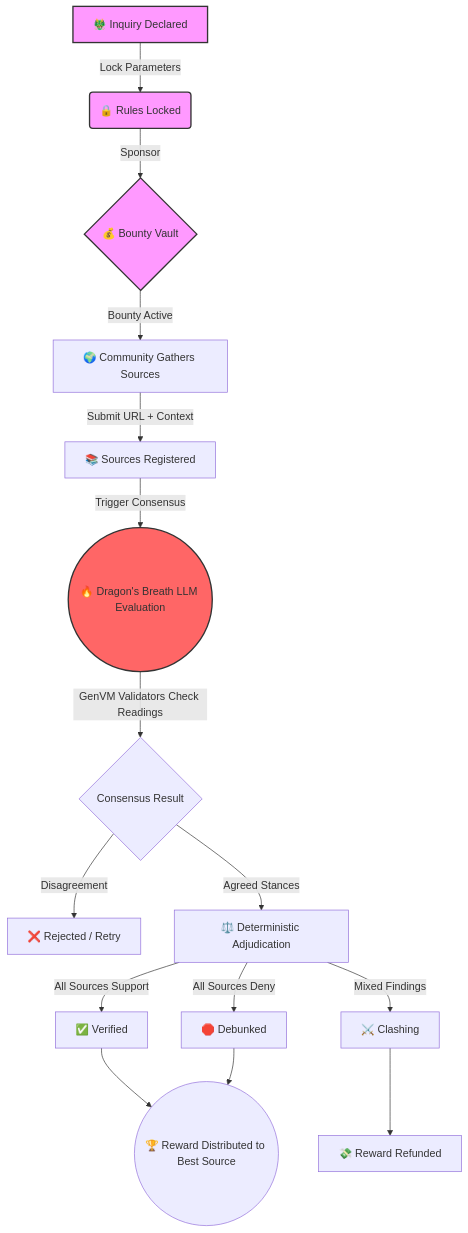
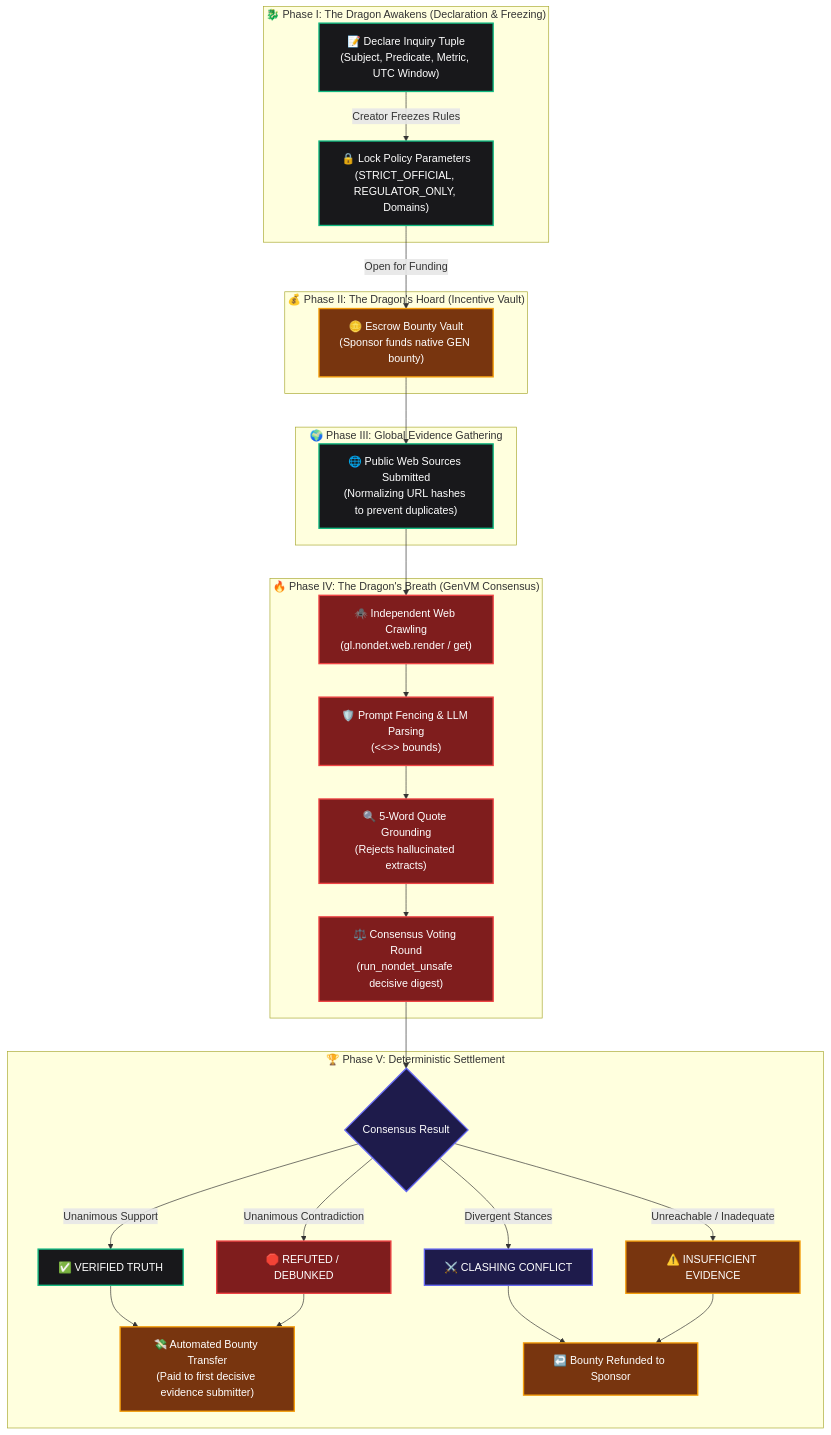
Before and after one commit to k-beee/LuminaGuard: the diagram in README.md, drawn with Mermaid. The commit also changed other lines of this file, not shown here.

Commit message:
docs: write comprehensive award-winning technical README with Dragon Flow and verified contract links

````diff
--- a/README.md
+++ b/README.md
@@ -8,26 +36,45 @@
 ```mermaid
-graph TD
-    classDef dragon fill:#f9f,stroke:#333,stroke-width:2px;
-    classDef fire fill:#f66,stroke:#333,stroke-width:2px;
-    
-    A[🐲 Inquiry Declared] -->|Lock Parameters| B(🔒 Rules Locked);
-    B -->|Sponsor| C{💰 Bounty Vault};
-    C -->|Bounty Active| D[🌍 Community Gathers Sources];
-    D -->|Submit URL + Context| E[📚 Sources Registered];
-    E -->|Trigger Consensus| F((🔥 Dragon's Breath LLM Evaluation));
-    
-    F -->|GenVM Validators Check Readings| G{Consensus Result};
-    G -->|Disagreement| H[❌ Rejected / Retry];
-    G -->|Agreed Stances| I[⚖️ Deterministic Adjudication];
-    
-    I -->|All Sources Support| J[✅ Verified];
-    I -->|All Sources Deny| K[🛑 Debunked];
-    I -->|Mixed Findings| L[⚔️ Clashing];
-    
-    J --> M((🏆 Reward Distributed to Best Source));
-    K --> M;
-    L --> N[💸 Reward Refunded];
-    
-    class A,B,C dragon;
-    class F fire;
+flowchart TD
+    classDef dragonNode fill:#18181b,stroke:#10b981,stroke-width:2px,color:#fff;
+    classDef fireNode fill:#7f1d1d,stroke:#ef4444,stroke-width:2px,color:#fff;
+    classDef vaultNode fill:#78350f,stroke:#f59e0b,stroke-width:2px,color:#fff;
+    classDef settleNode fill:#1e1b4b,stroke:#6366f1,stroke-width:2px,color:#fff;
+
+    subgraph Phase1["🐉 Phase I: The Dragon Awakens (Declaration & Freezing)"]
+        A["📝 Declare Inquiry Tuple<br/>(Subject, Predicate, Metric, UTC Window)"]:::dragonNode
+        B["🔒 Lock Policy Parameters<br/>(STRICT_OFFICIAL, REGULATOR_ONLY, Domains)"]:::dragonNode
+        A -->|Creator Freezes Rules| B
+    end
+
+    subgraph Phase2["💰 Phase II: The Dragon's Hoard (Incentive Vault)"]
+        C["🪙 Escrow Bounty Vault<br/>(Sponsor funds native GEN bounty)"]:::vaultNode
+        B -->|Open for Funding| C
+    end
+
+    subgraph Phase3["🌍 Phase III: Global Evidence Gathering"]
+        D["🌐 Public Web Sources Submitted<br/>(Normalizing URL hashes to prevent duplicates)"]:::dragonNode
+        C --> D
+    end
+
+    subgraph Phase4["🔥 Phase IV: The Dragon's Breath (GenVM Consensus)"]
+        E["🕷️ Independent Web Crawling<br/>(gl.nondet.web.render / get)"]:::fireNode
+        F["🛡️ Prompt Fencing & LLM Parsing<br/>(<<<FENCE>>> bounds)"]:::fireNode
+        G["🔍 5-Word Quote Grounding<br/>(Rejects hallucinated extracts)"]:::fireNode
+        H["⚖️ Consensus Voting Round<br/>(run_nondet_unsafe decisive digest)"]:::fireNode
+        D --> E --> F --> G --> H
+    end
+
+    subgraph Phase5["🏆 Phase V: Deterministic Settlement"]
+        I{"Consensus Result"}:::settleNode
+        H --> I
+        I -->|Unanimous Support| J["✅ VERIFIED TRUTH"]:::dragonNode
+        I -->|Unanimous Contradiction| K["🛑 REFUTED / DEBUNKED"]:::fireNode
+        I -->|Divergent Stances| L["⚔️ CLASHING CONFLICT"]:::settleNode
+        I -->|Unreachable / Inadequate| M["⚠️ INSUFFICIENT EVIDENCE"]:::vaultNode
+
+        J --> N["💸 Automated Bounty Transfer<br/>(Paid to first decisive evidence submitter)"]:::vaultNode
+        K --> N
+        L --> O["↩️ Bounty Refunded to Sponsor"]:::vaultNode
+        M --> O
+    end
 ```
````
